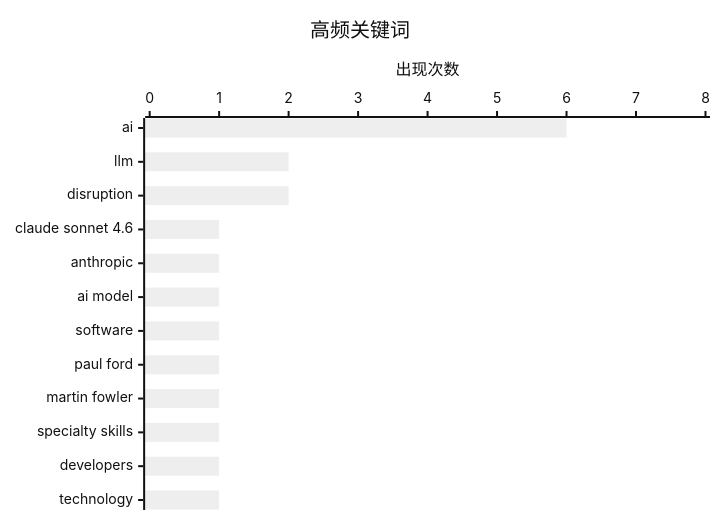
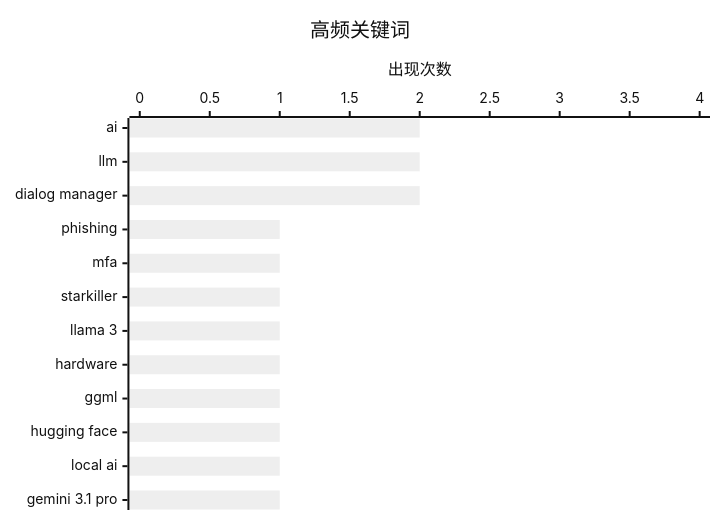
The second of 2 diagrams in public/data/digest-latest.md (Yeadon8888/digest-news-viewer), drawn with Mermaid (neutral theme) before and after one commit. The commit also changed other lines of this file, not shown here.

````diff
--- a/public/data/digest-latest.md
+++ b/public/data/digest-latest.md
@@ -64,7 +66,7 @@
 ```mermaid
 xychart-beta horizontal
     title "高频关键词"
-    x-axis ["ai", "llm", "disruption", "claude sonnet 4.6", "anthropic", "ai model", "software", "paul ford", "martin fowler", "specialty skills", "developers", "technology"]
-    y-axis "出现次数" 0 --> 8
-    bar [6, 2, 2, 1, 1, 1, 1, 1, 1, 1, 1, 1]
+    x-axis ["ai", "llm", "dialog manager", "phishing", "mfa", "starkiller", "llama 3", "hardware", "ggml", "hugging face", "local ai", "gemini 3.1 pro"]
+    y-axis "出现次数" 0 --> 4
+    bar [2, 2, 2, 1, 1, 1, 1, 1, 1, 1, 1, 1]
 ```
````
